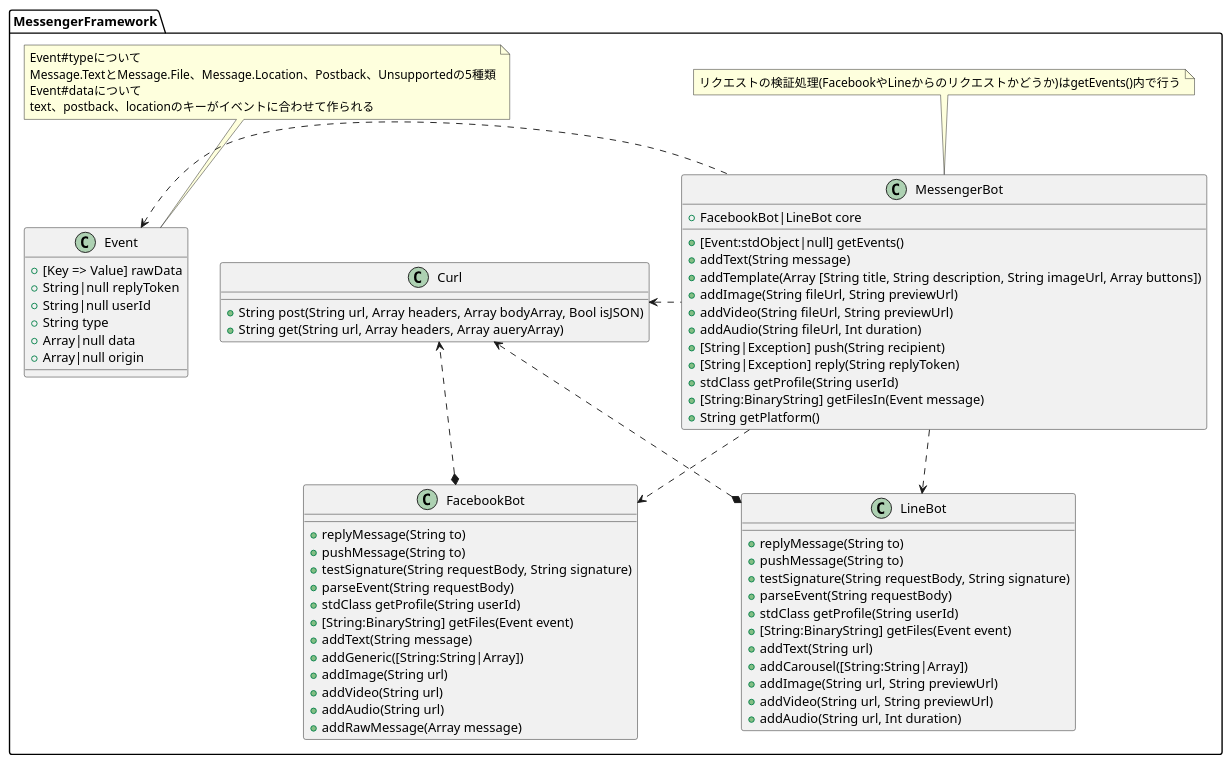
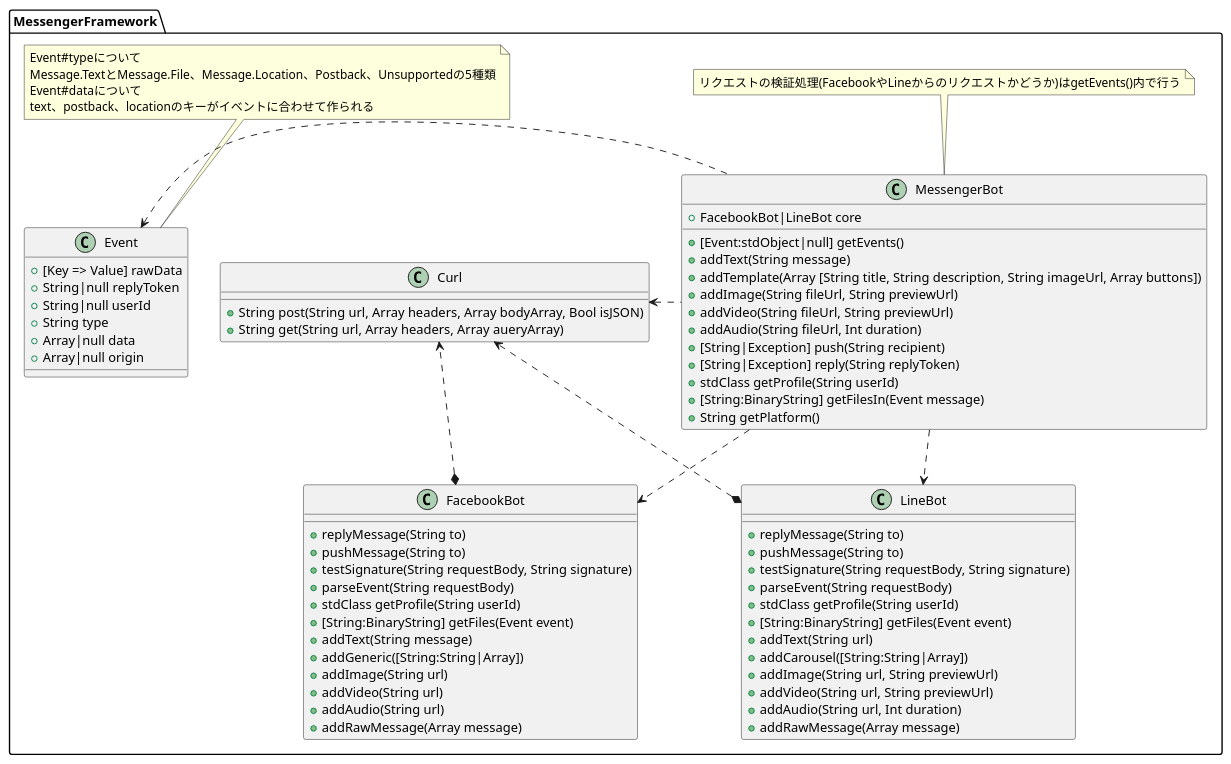
The diagram in docs/class-spec.puml (genies-inc/messenger-framework), drawn with PlantUML before and after one commit. The commit also changed 2 other files, not shown here.

Commit message:
Add LineBotにMessagingAPIのsend message objectを直接送信予定に追加できる機能の追加
フレームワークで対応していないメッセージをいざとなったら送信できるようにするため

```diff
--- a/docs/class-spec.puml
+++ b/docs/class-spec.puml
@@ -1,87 +1,88 @@
 @startuml
 
 namespace MessengerFramework {
 
   class Event {
     + [Key => Value] rawData
     + String|null replyToken
     + String|null userId
     + String type
     + Array|null data
     + Array|null origin
   }
 
   note top of Event
     Event#typeについて
     Message.TextとMessage.File、Message.Location、Postback、Unsupportedの5種類
     Event#dataについて
     text、postback、locationのキーがイベントに合わせて作られる
   end note
 
   class MessengerBot {
     + FacebookBot|LineBot core
     + [Event:stdObject|null] getEvents()
     + addText(String message)
     + addTemplate(Array [String title, String description, String imageUrl, Array buttons])
     + addImage(String fileUrl, String previewUrl)
     + addVideo(String fileUrl, String previewUrl)
     + addAudio(String fileUrl, Int duration)
     + [String|Exception] push(String recipient)
     + [String|Exception] reply(String replyToken)
     + stdClass getProfile(String userId)
     + [String:BinaryString] getFilesIn(Event message)
     + String getPlatform()
   }
 
   note top of MessengerBot
     リクエストの検証処理(FacebookやLineからのリクエストかどうか)はgetEvents()内で行う
   end note
 
   class FacebookBot {
     + replyMessage(String to)
     + pushMessage(String to)
     + testSignature(String requestBody, String signature)
     + parseEvent(String requestBody)
     + stdClass getProfile(String userId)
     + [String:BinaryString] getFiles(Event event)
     + addText(String message)
     + addGeneric([String:String|Array])
     + addImage(String url)
     + addVideo(String url)
     + addAudio(String url)
     + addRawMessage(Array message)
   }
 
   class LineBot {
     + replyMessage(String to)
     + pushMessage(String to)
     + testSignature(String requestBody, String signature)
     + parseEvent(String requestBody)
     + stdClass getProfile(String userId)
     + [String:BinaryString] getFiles(Event event)
     + addText(String url)
     + addCarousel([String:String|Array])
     + addImage(String url, String previewUrl)
     + addVideo(String url, String previewUrl)
     + addAudio(String url, Int duration)
+    + addRawMessage(Array message)
   }
 
   class Curl {
     + String post(String url, Array headers, Array bodyArray, Bool isJSON)
     + String get(String url, Array headers, Array aueryArray)
   }
 
 }
 
 ' MessengerFramework内の関連
 
 MessengerFramework.MessengerBot .d.> MessengerFramework.FacebookBot
 MessengerFramework.MessengerBot .d.> MessengerFramework.LineBot
 MessengerFramework.MessengerBot .l.> MessengerFramework.Curl
 MessengerFramework.MessengerBot .l.> MessengerFramework.Event
 
 MessengerFramework.FacebookBot *..> MessengerFramework.Curl
 
 MessengerFramework.LineBot *..> MessengerFramework.Curl
 
 @enduml
```
